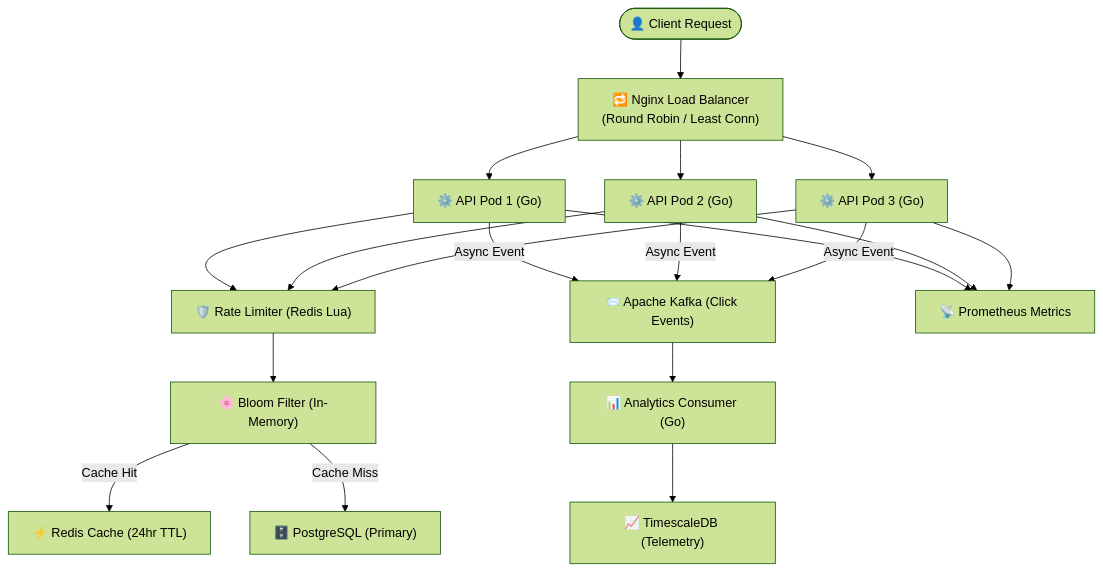
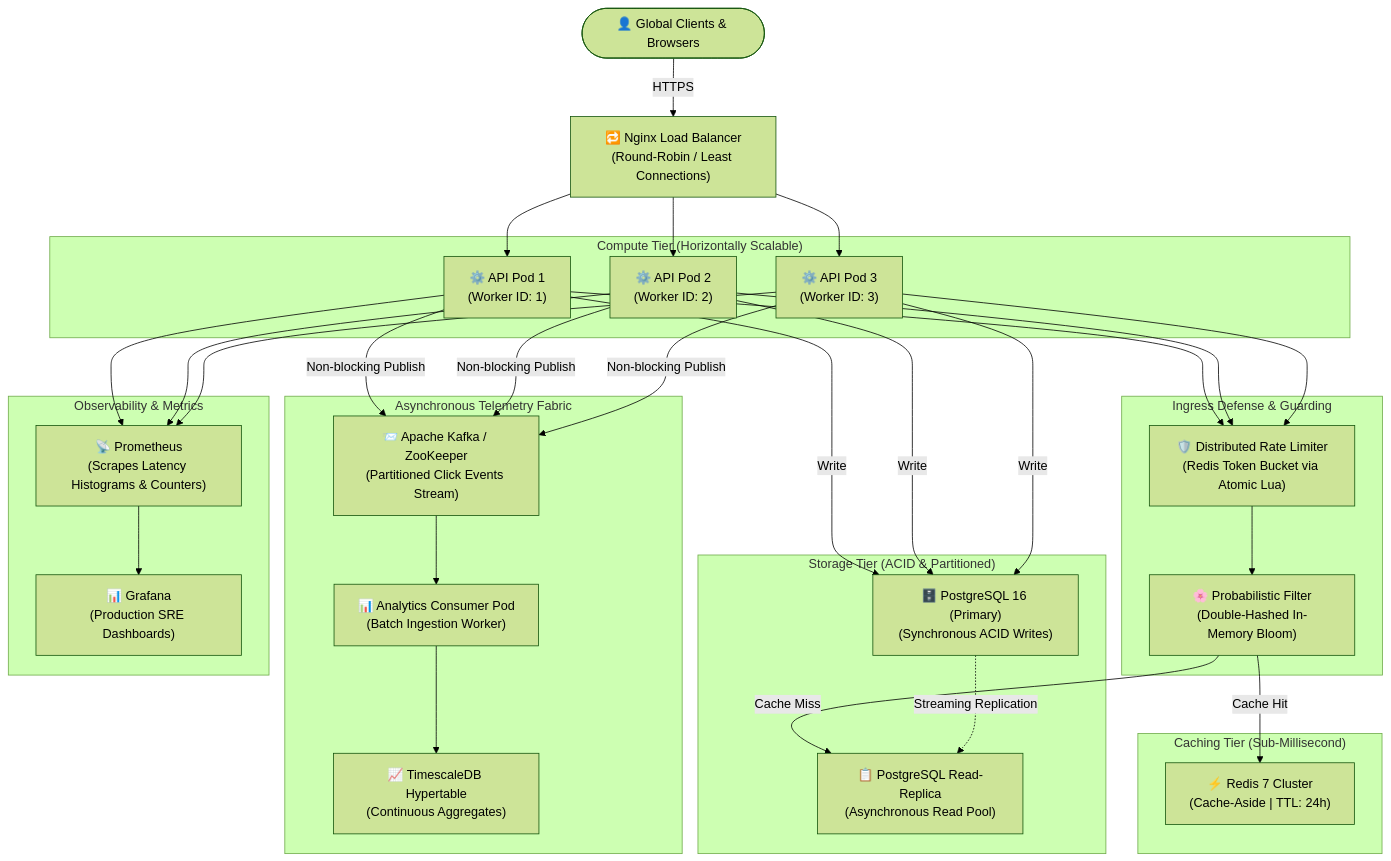
Before and after one commit to AvijeetTiwari3/urlforge: the diagram in urlforge/README.md, drawn with Mermaid (forest theme). The commit also changed other lines of this file, not shown here.

````diff
--- a/urlforge/README.md
+++ b/urlforge/README.md
@@ -19,27 +50,52 @@
 ```mermaid
 flowchart TD
-    Client(["👤 Client Request"])
-    LB["🔁 Nginx Load Balancer\n(Round Robin / Least Conn)"]
-    API1["⚙️ API Pod 1 (Go)"]
-    API2["⚙️ API Pod 2 (Go)"]
-    API3["⚙️ API Pod 3 (Go)"]
-    Limiter["🛡️ Rate Limiter (Redis Lua)"]
-    Bloom["🌸 Bloom Filter (In-Memory)"]
-    Redis["⚡ Redis Cache (24hr TTL)"]
-    Postgres["🗄️ PostgreSQL (Primary)"]
-    Kafka["📨 Apache Kafka (Click Events)"]
-    Worker["📊 Analytics Consumer (Go)"]
-    Timescale["📈 TimescaleDB (Telemetry)"]
-    Prometheus["📡 Prometheus Metrics"]
+    Client(["👤 Global Clients & Browsers"])
+    LB["🔁 Nginx Load Balancer\n(Round-Robin / Least Connections)"]
 
-    Client --> LB
+    subgraph AppCluster ["Compute Tier (Horizontally Scalable)"]
+        API1["⚙️ API Pod 1\n(Worker ID: 1)"]
+        API2["⚙️ API Pod 2\n(Worker ID: 2)"]
+        API3["⚙️ API Pod 3\n(Worker ID: 3)"]
+    end
+
+    subgraph ProtectionTier ["Ingress Defense & Guarding"]
+        Limiter["🛡️ Distributed Rate Limiter\n(Redis Token Bucket via Atomic Lua)"]
+        Bloom["🌸 Probabilistic Filter\n(Double-Hashed In-Memory Bloom)"]
+    end
+
+    subgraph CachingTier ["Caching Tier (Sub-Millisecond)"]
+        RedisCache["⚡ Redis 7 Cluster\n(Cache-Aside | TTL: 24h)"]
+    end
+
+    subgraph PersistenceTier ["Storage Tier (ACID & Partitioned)"]
+        PGPrimary["🗄️ PostgreSQL 16 (Primary)\n(Synchronous ACID Writes)"]
+        PGReplica["📋 PostgreSQL Read-Replica\n(Asynchronous Read Pool)"]
+    end
+
+    subgraph AsyncPipeline ["Asynchronous Telemetry Fabric"]
+        Kafka["📨 Apache Kafka / ZooKeeper\n(Partitioned Click Events Stream)"]
+        Worker["📊 Analytics Consumer Pod\n(Batch Ingestion Worker)"]
+        Timescale["📈 TimescaleDB Hypertable\n(Continuous Aggregates)"]
+    end
+
+    subgraph SREMonitoring ["Observability & Metrics"]
+        Prometheus["📡 Prometheus\n(Scrapes Latency Histograms & Counters)"]
+        Grafana["📊 Grafana\n(Production SRE Dashboards)"]
+    end
+
+    Client -->|HTTPS| LB
     LB --> API1 & API2 & API3
     API1 & API2 & API3 --> Limiter
     Limiter --> Bloom
-    Bloom -->|Cache Hit| Redis
-    Bloom -->|Cache Miss| Postgres
-    API1 & API2 & API3 -->|Async Event| Kafka
+    Bloom -->|Cache Hit| RedisCache
+    Bloom -->|Cache Miss| PGReplica
+    API1 & API2 & API3 -->|Write| PGPrimary
+    PGPrimary -.->|Streaming Replication| PGReplica
+
+    API1 & API2 & API3 -->|Non-blocking Publish| Kafka
     Kafka --> Worker
     Worker --> Timescale
+
     API1 & API2 & API3 --> Prometheus
+    Prometheus --> Grafana
 ```
````
